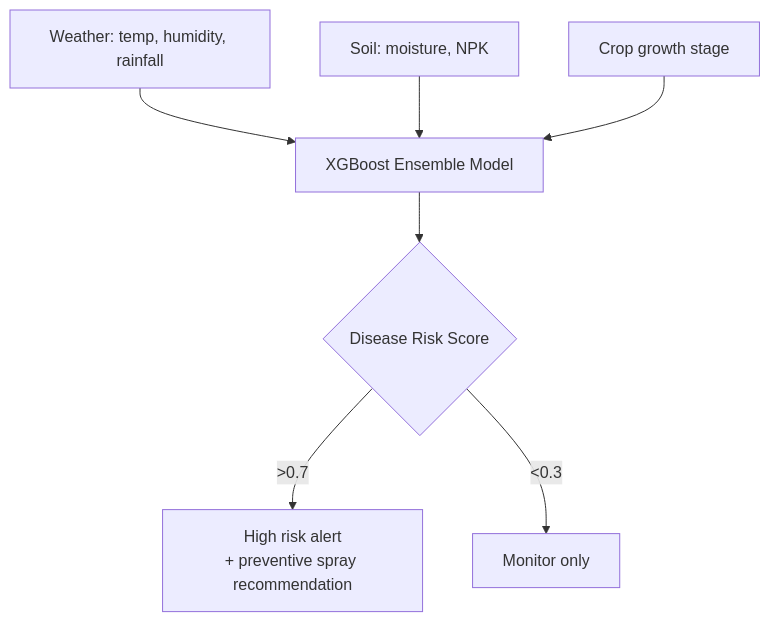
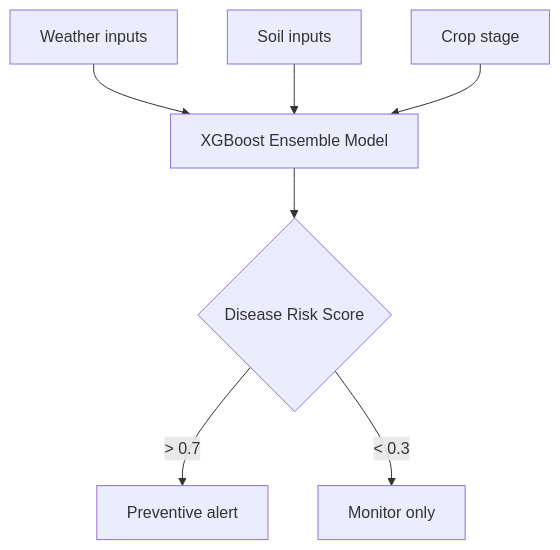
One commit to ayushjhaa1187-spec/agri_reform_vision changed the fifth of 5 diagrams in README.md. Above: the diagram before and after it, drawn with Mermaid. The commit also changed other lines of this file, not shown here.

````diff
--- a/README.md
+++ b/README.md
@@ -235,9 +271,9 @@
 ```mermaid
 flowchart TD
-    W[Weather: temp, humidity, rainfall] --> M[XGBoost Ensemble Model]
-    S[Soil: moisture, NPK] --> M
-    C[Crop growth stage] --> M
+    W[Weather inputs] --> M[XGBoost Ensemble Model]
+    S[Soil inputs] --> M
+    C[Crop stage] --> M
     M --> Score{Disease Risk Score}
-    Score -->|>0.7| Alert[High risk alert<br/>+ preventive spray recommendation]
-    Score -->|<0.3| OK[Monitor only]
+    Score -->|> 0.7| Alert[Preventive alert]
+    Score -->|< 0.3| OK[Monitor only]
 ```
````
